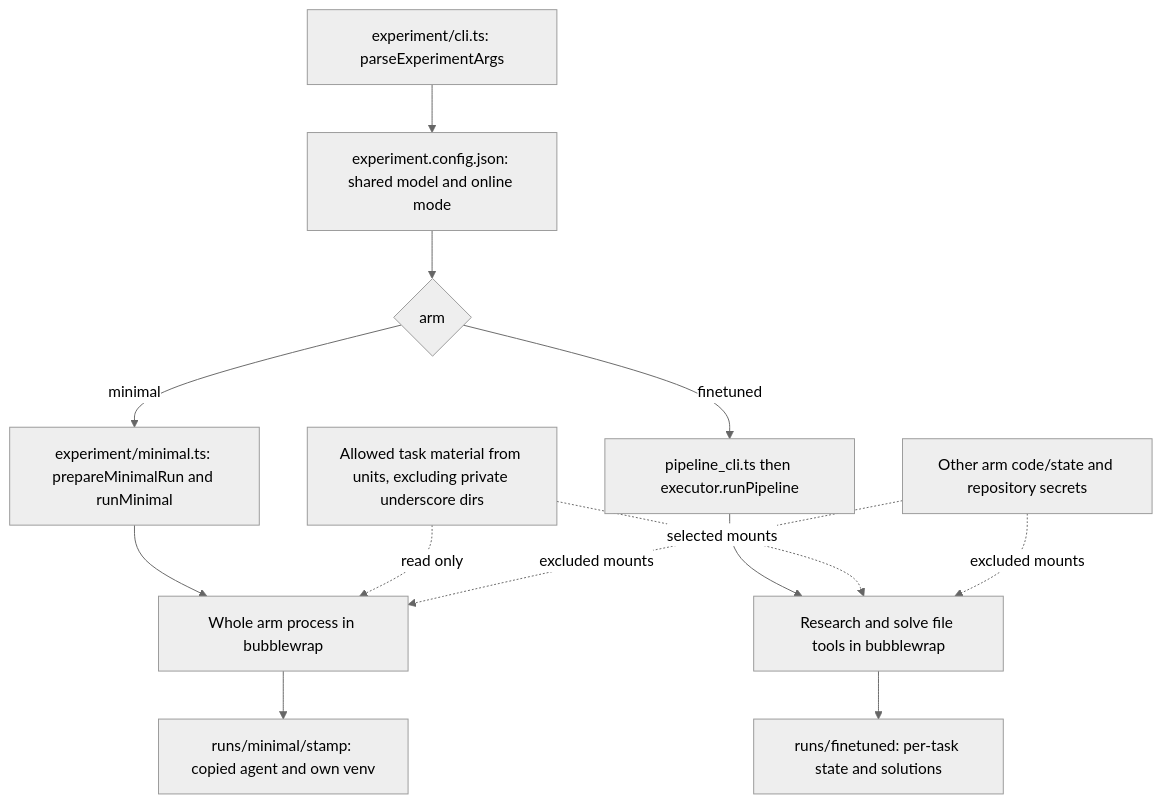
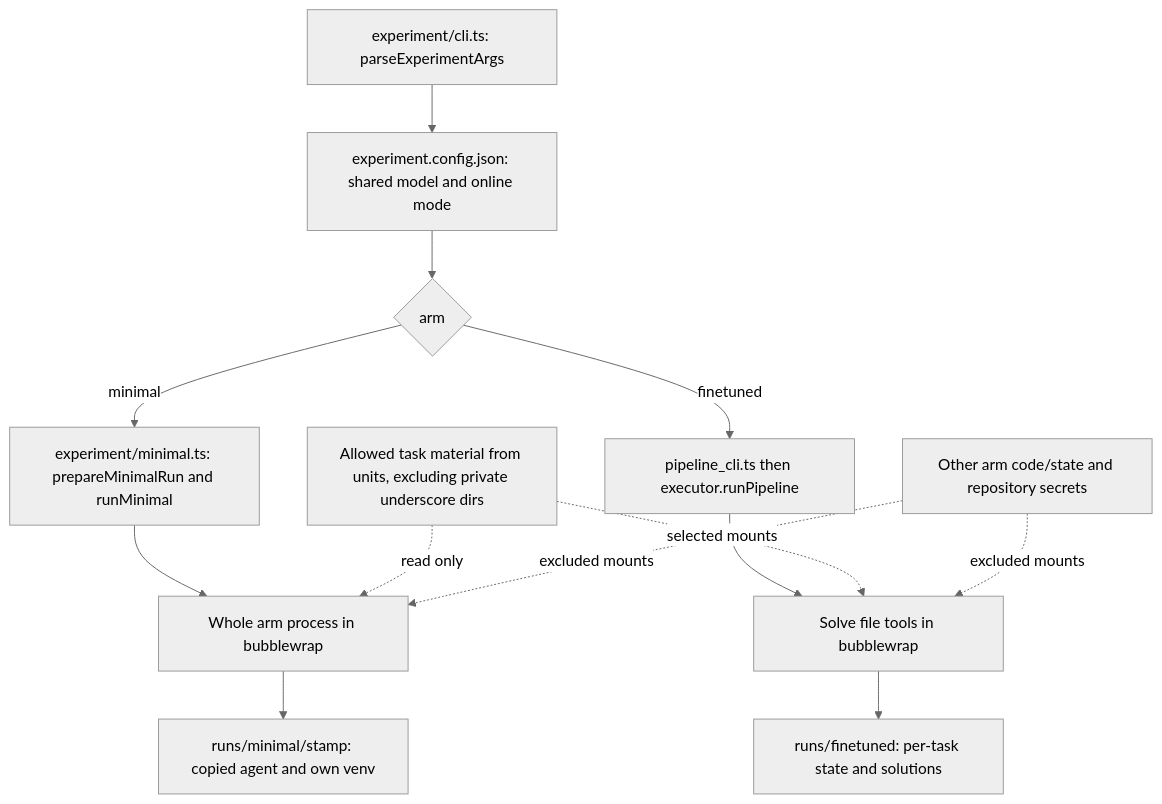
One commit to nicobrauchtgit/auto-smart-lab changed the first of 6 diagrams in docs/architecture.md. Above: the diagram before and after it, drawn with Mermaid (neutral theme). The commit also changed other lines of this file and 189 other files, not shown here.

````diff
--- a/docs/architecture.md
+++ b/docs/architecture.md
@@ -32,15 +29,15 @@
 ```mermaid
 flowchart TD
     CLI[experiment/cli.ts: parseExperimentArgs] --> CFG[experiment.config.json: shared model and online mode]
     CFG --> ARM{arm}
     ARM -->|minimal| MIN[experiment/minimal.ts: prepareMinimalRun and runMinimal]
     ARM -->|finetuned| FIN[pipeline_cli.ts then executor.runPipeline]
     MIN --> MJ[Whole arm process in bubblewrap]
     MJ --> MR[runs/minimal/stamp: copied agent and own venv]
-    FIN --> FJ[Research and solve file tools in bubblewrap]
+    FIN --> FJ[Solve file tools in bubblewrap]
     FJ --> FR[runs/finetuned: per-task state and solutions]
     U[Allowed task material from units, excluding private underscore dirs] -. read only .-> MJ
     U -. selected mounts .-> FJ
     X[Other arm code/state and repository secrets] -. excluded mounts .-> MJ
     X -. excluded mounts .-> FJ
 ```
````
